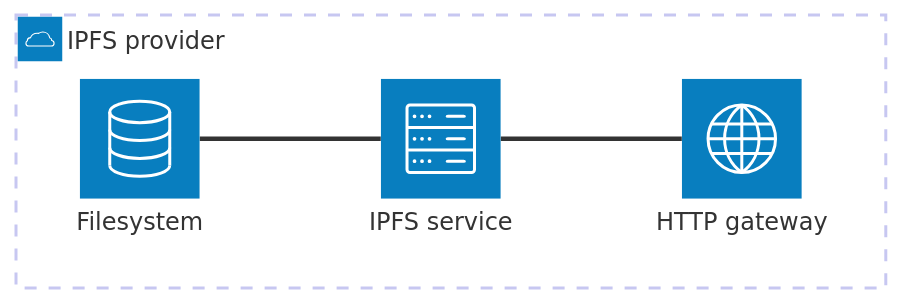
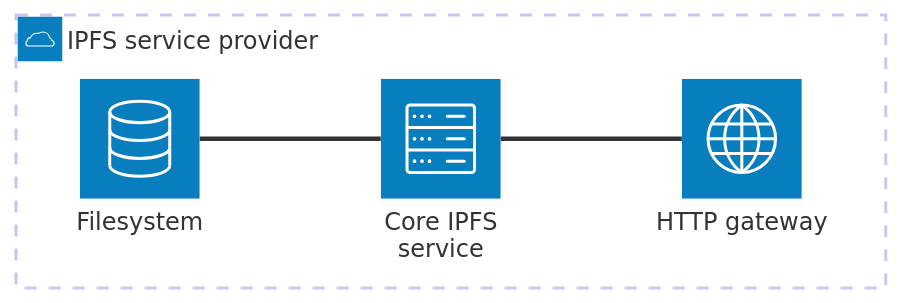
Before and after one commit to WingRiders/nft-forge: the second of 2 diagrams in docs/architecture.md, drawn with Mermaid. The commit also changed other lines of this file, not shown here.

First line of the commit message:
Architecture document changes (#6)

````diff
--- a/docs/architecture.md
+++ b/docs/architecture.md
@@ -112,10 +137,10 @@
 ```mermaid
 architecture-beta
-  group ipfs_provider(cloud)[IPFS provider]
-  service ipfs_core(server)[IPFS service] in ipfs_provider
+  group ipfs_provider(cloud)[IPFS service provider]
+  service ipfs_core(server)[Core IPFS service] in ipfs_provider
   service ipfs_api(internet)[HTTP gateway] in ipfs_provider
   service ipfs_storage(database)[Filesystem] in ipfs_provider
 
   ipfs_core:L -- R:ipfs_storage
   ipfs_core:R -- L:ipfs_api
 ```
````
